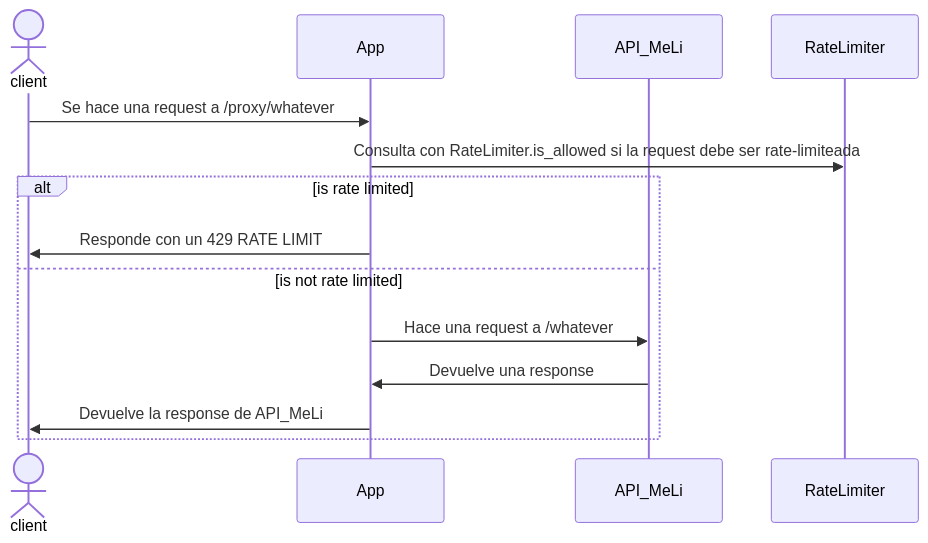
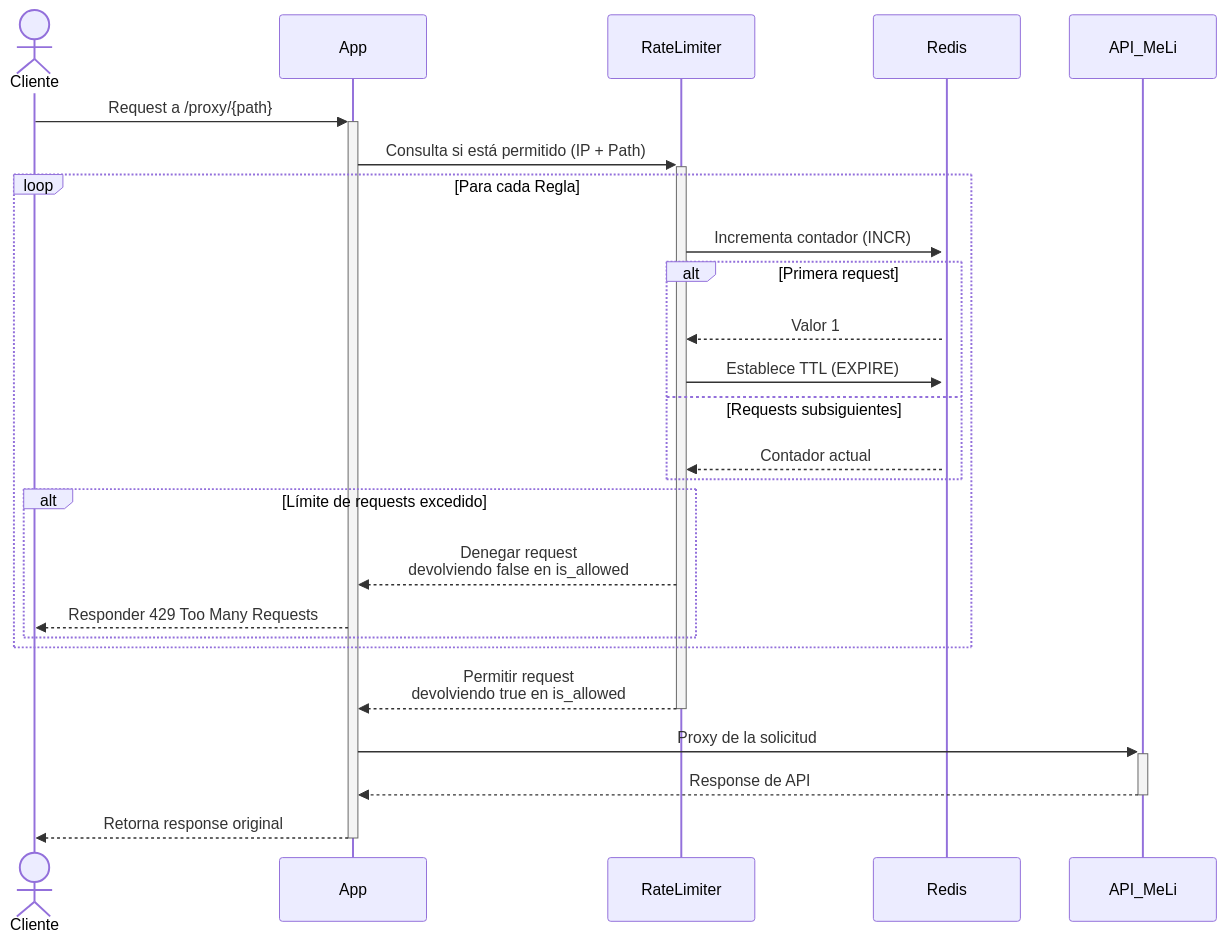
The third of 4 diagrams in README.md (KrappRamiro/meli-proxy), drawn with Mermaid before and after one commit. The commit also changed other lines of this file and 2 other files, not shown here.

Commit message:
improve diagrams

````diff
--- a/README.md
+++ b/README.md
@@ -236,16 +256,32 @@
 ```mermaid
 sequenceDiagram
-actor client
-participant App
-participant API_MeLi
-participant RateLimiter
-client->>App: Se hace una request a /proxy/whatever
-App->>RateLimiter: Consulta con RateLimiter.is_allowed si la request debe ser rate-limiteada
-alt is rate limited
-  App->>client: Responde con un 429 RATE LIMIT
-else is not rate limited
-  App->>API_MeLi: Hace una request a /whatever
-  API_MeLi->>App: Devuelve una response
-  App->>client: Devuelve la response de API_MeLi
-end
+    actor Cliente
+    participant App
+    participant RateLimiter
+    participant Redis
+    participant API_MeLi
+
+    Cliente->>+App: Request a /proxy/{path}
+
+    App->>+RateLimiter: Consulta si está permitido (IP + Path)
+
+    loop Para cada Regla
+        RateLimiter->>+Redis: Incrementa contador (INCR)
+        alt Primera request
+            Redis-->>RateLimiter: Valor 1
+            RateLimiter->>Redis: Establece TTL (EXPIRE)
+        else Requests subsiguientes
+            Redis-->>RateLimiter: Contador actual
+        end
+
+        alt Límite de requests excedido
+            RateLimiter-->>App: Denegar request <br/> devolviendo false en is_allowed
+            App-->>Cliente: Responder 429 Too Many Requests
+        end
+    end
+
+    RateLimiter-->>-App: Permitir request <br/> devolviendo true en is_allowed
+    App->>+API_MeLi: Proxy de la solicitud
+    API_MeLi-->>-App: Response de API
+    App-->>-Cliente: Retorna response original
 ```
````
